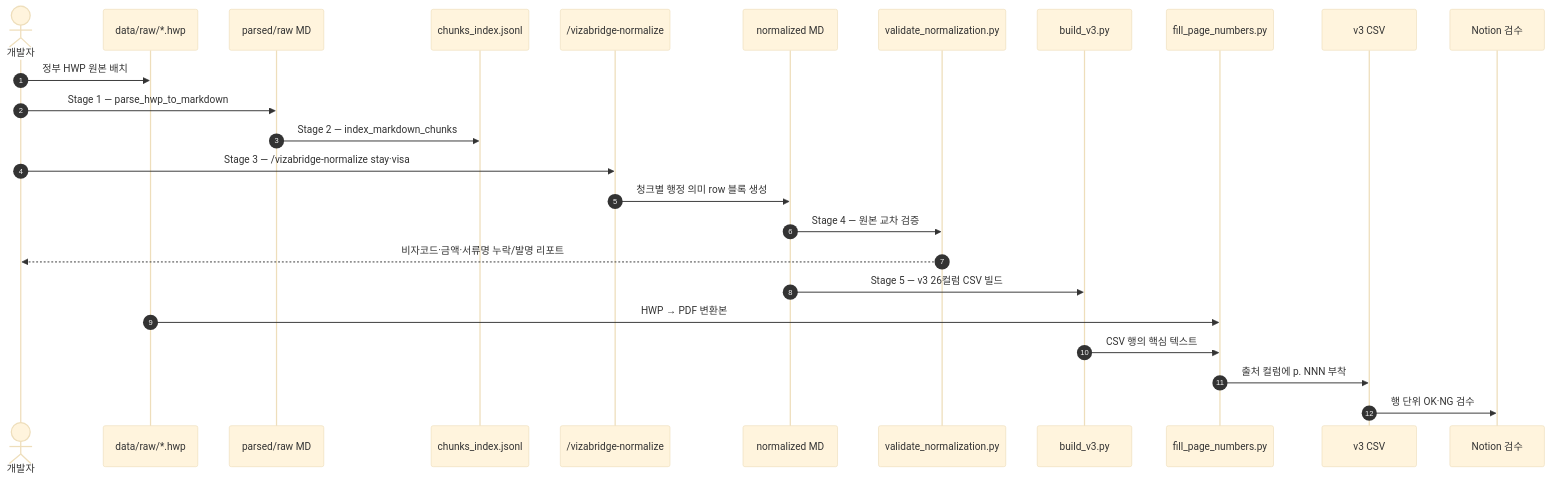
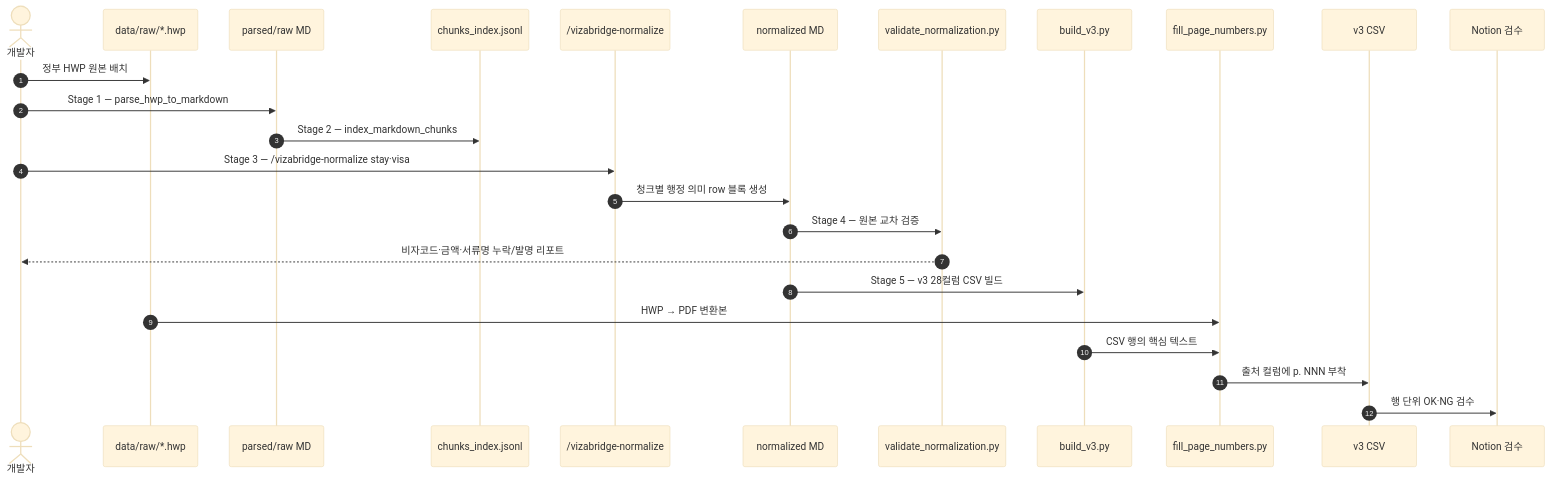
One commit to jhkim0602/-Vizabridge-IT-AI- changed the diagram in README.md. Above: the diagram before and after it, drawn with Mermaid (base theme). The commit also changed other lines of this file and 16 other files, not shown here.

````diff
--- a/README.md
+++ b/README.md
@@ -204,28 +204,28 @@
 ```mermaid
 sequenceDiagram
     autonumber
     actor Dev as 개발자
     participant HWP as data/raw/*.hwp
     participant RawMD as parsed/raw MD
     participant Chunks as chunks_index.jsonl
     participant LLM as /vizabridge-normalize
     participant Norm as normalized MD
     participant Validator as validate_normalization.py
     participant Builder as build_v3.py
     participant Pager as fill_page_numbers.py
     participant CSV as v3 CSV
     participant Reviewer as Notion 검수
 
     Dev->>HWP: 정부 HWP 원본 배치
     Dev->>RawMD: Stage 1 — parse_hwp_to_markdown
     RawMD->>Chunks: Stage 2 — index_markdown_chunks
     Dev->>LLM: Stage 3 — /vizabridge-normalize stay·visa
     LLM->>Norm: 청크별 행정 의미 row 블록 생성
     Norm->>Validator: Stage 4 — 원본 교차 검증
     Validator-->>Dev: 비자코드·금액·서류명 누락/발명 리포트
-    Norm->>Builder: Stage 5 — v3 26컬럼 CSV 빌드
+    Norm->>Builder: Stage 5 — v3 28컬럼 CSV 빌드
     HWP->>Pager: HWP → PDF 변환본
     Builder->>Pager: CSV 행의 핵심 텍스트
     Pager->>CSV: 출처 컬럼에 p. NNN 부착
     CSV->>Reviewer: 행 단위 OK·NG 검수
 ```
````
